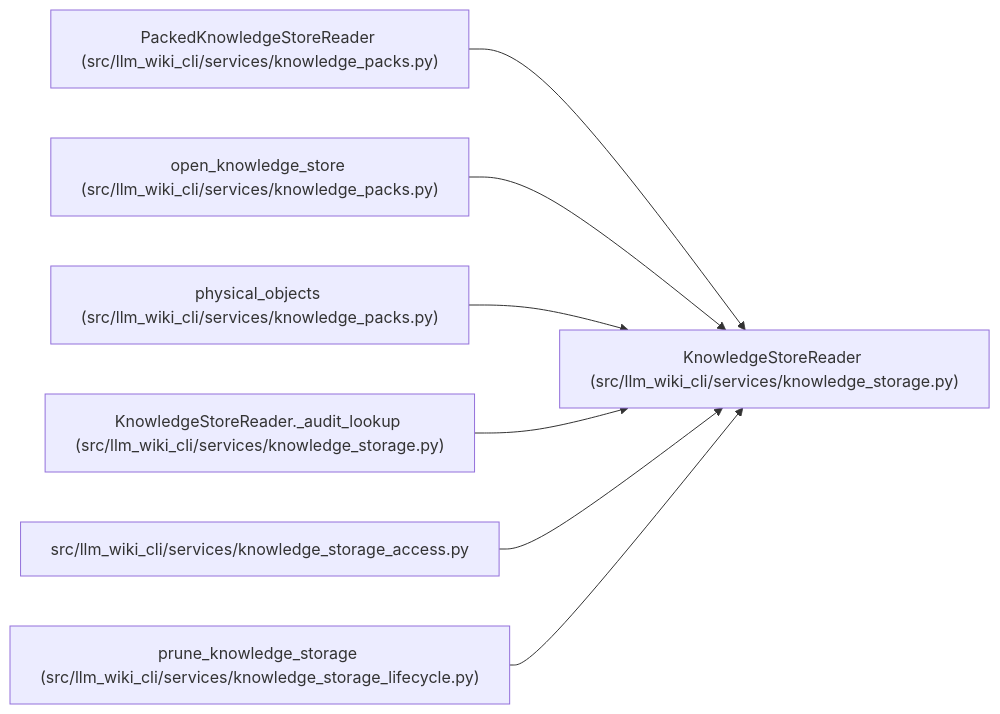
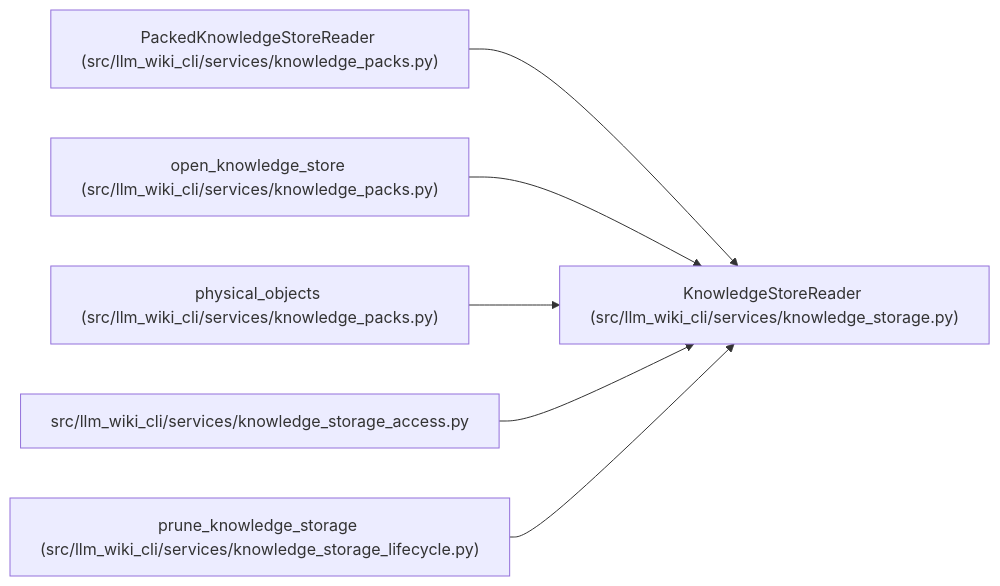
The diagram in docs/llm_wiki/entities/KnowledgeStoreReader.md (Denissvgn/python-wiki-llm), drawn with Mermaid before and after one commit. The commit also changed other lines of this file and 476 other files, not shown here.

Commit message:
Refresh the reference wiki with bounded manifest storage

````diff
--- a/docs/llm_wiki/entities/KnowledgeStoreReader.md
+++ b/docs/llm_wiki/entities/KnowledgeStoreReader.md
@@ -38,23 +40,20 @@
 ```mermaid
 flowchart LR
     n0["KnowledgeStoreReader (src/llm_wiki_cli/services/knowledge_storage.py)"]
     n1["PackedKnowledgeStoreReader (src/llm_wiki_cli/services/knowledge_packs.py)"]
     n2["open_knowledge_store (src/llm_wiki_cli/services/knowledge_packs.py)"]
     n3["physical_objects (src/llm_wiki_cli/services/knowledge_packs.py)"]
-    n4["KnowledgeStoreReader._audit_lookup (src/llm_wiki_cli/services/knowledge_storage.py)"]
-    n5["src/llm_wiki_cli/services/knowledge_storage_access.py"]
-    n6["prune_knowledge_storage (src/llm_wiki_cli/services/knowledge_storage_lifecycle.py)"]
+    n4["src/llm_wiki_cli/services/knowledge_storage_access.py"]
+    n5["prune_knowledge_storage (src/llm_wiki_cli/services/knowledge_storage_lifecycle.py)"]
     n1 --> n0
     n2 --> n0
     n3 --> n0
     n4 --> n0
     n5 --> n0
-    n6 --> n0
     click n0 "../modules/knowledge_storage.md"
     click n1 "../modules/knowledge_packs.md"
     click n2 "../modules/knowledge_packs.md"
     click n3 "../modules/knowledge_packs.md"
-    click n4 "../modules/knowledge_storage.md"
-    click n5 "../modules/knowledge_storage_access.md"
-    click n6 "../modules/knowledge_storage_lifecycle.md"
+    click n4 "../modules/knowledge_storage_access.md"
+    click n5 "../modules/knowledge_storage_lifecycle.md"
 ```
````
